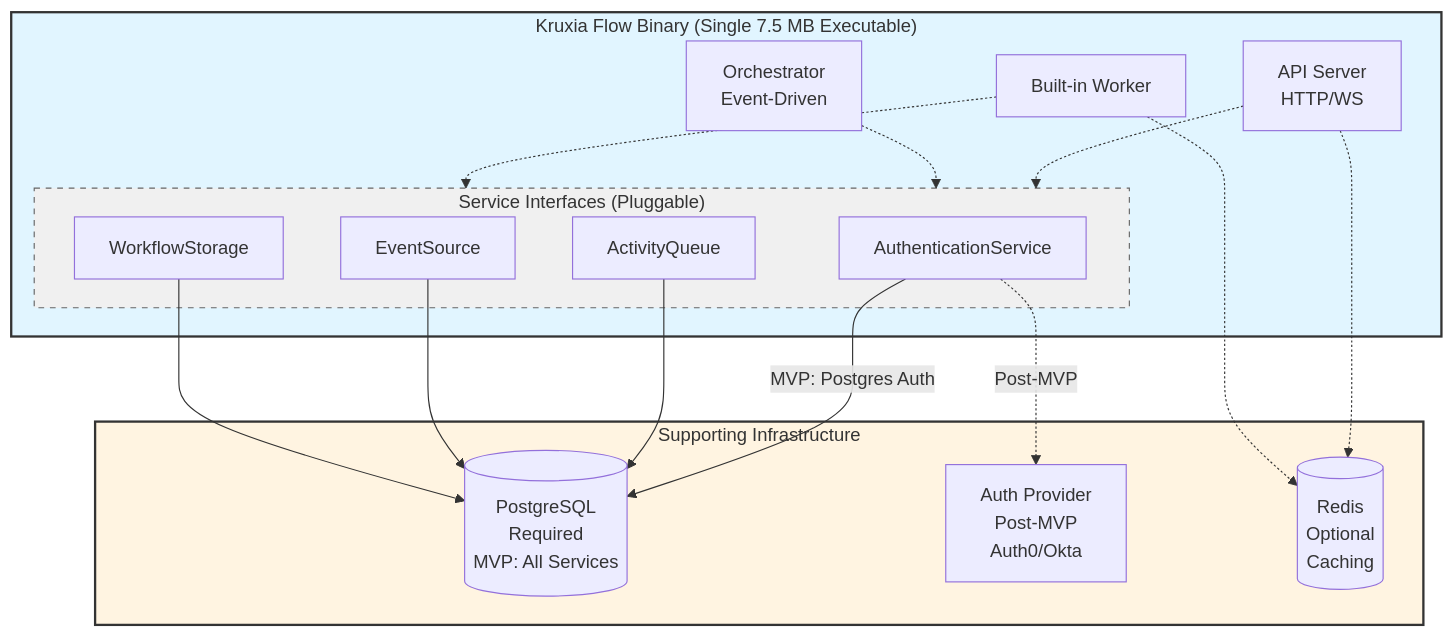
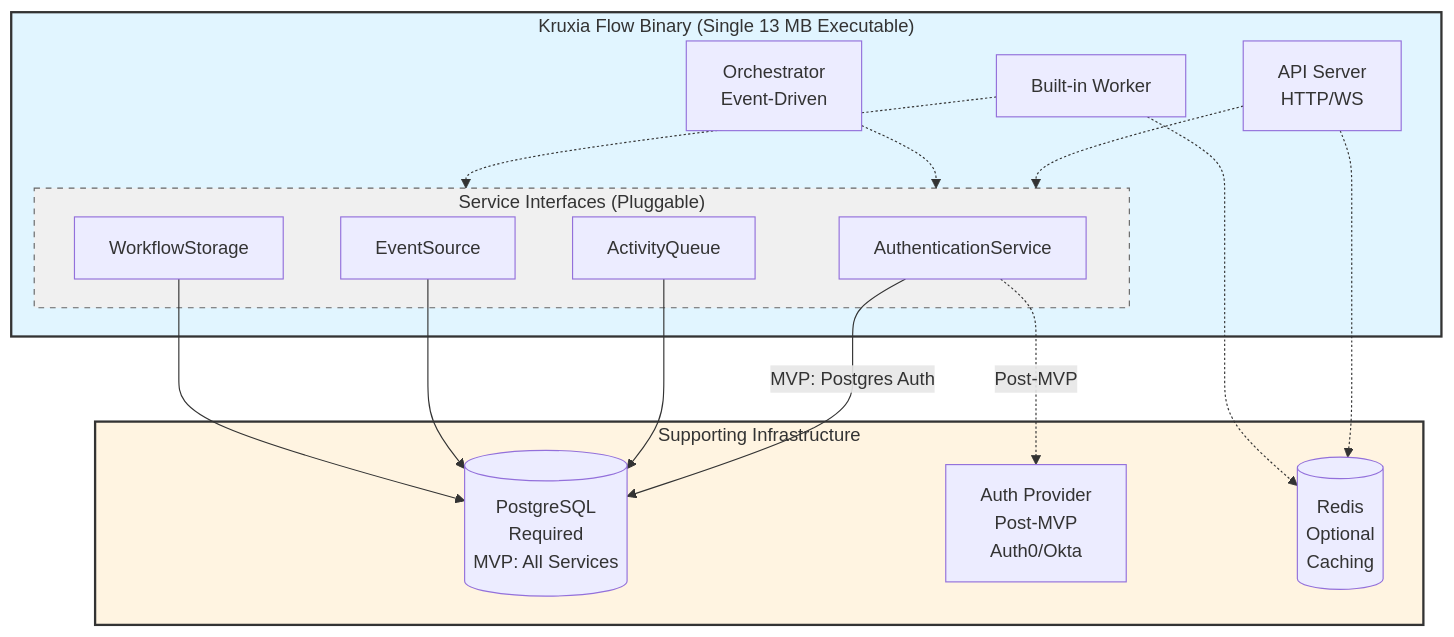
Before and after one commit to kruxia/kruxiaflow: the first of 7 diagrams in docs/architecture.md, drawn with Mermaid. The commit also changed 10 other files, not shown here.

````diff
--- a/docs/architecture.md
+++ b/docs/architecture.md
@@ -35,42 +35,42 @@
 ```mermaid
 flowchart TB
-    subgraph Binary["Kruxia Flow Binary (Single 7.5 MB Executable)"]
+    subgraph Binary["Kruxia Flow Binary (Single 13 MB Executable)"]
         API[API Server<br/>HTTP/WS]
         Orch[Orchestrator<br/>Event-Driven]
         Worker[Built-in Worker]
 
         subgraph Interfaces["Service Interfaces (Pluggable)"]
             AuthSvc[AuthenticationService]
             QueueSvc[ActivityQueue]
             EventSvc[EventSource]
             StorageSvc[WorkflowStorage]
         end
     end
 
     subgraph Infra["Supporting Infrastructure"]
         PG[(PostgreSQL<br/>Required<br/>MVP: All Services)]
         Auth[Auth Provider<br/>Post-MVP<br/>Auth0/Okta]
         Redis[(Redis<br/>Optional<br/>Caching)]
     end
 
     API -.-> Interfaces
     Orch -.-> Interfaces
     Worker -.-> Interfaces
 
     AuthSvc -->|MVP: Postgres Auth| PG
     AuthSvc -.->|Post-MVP| Auth
     QueueSvc --> PG
     EventSvc --> PG
     StorageSvc --> PG
 
     API -.-> Redis
     Worker -.-> Redis
 
     classDef binary fill:#e1f5ff,stroke:#333,stroke-width:2px
     classDef infra fill:#fff4e1,stroke:#333,stroke-width:2px
     classDef interface fill:#f0f0f0,stroke:#666,stroke-dasharray: 5 5
 
     class Binary binary
     class Infra infra
     class Interfaces interface
 ```
````
